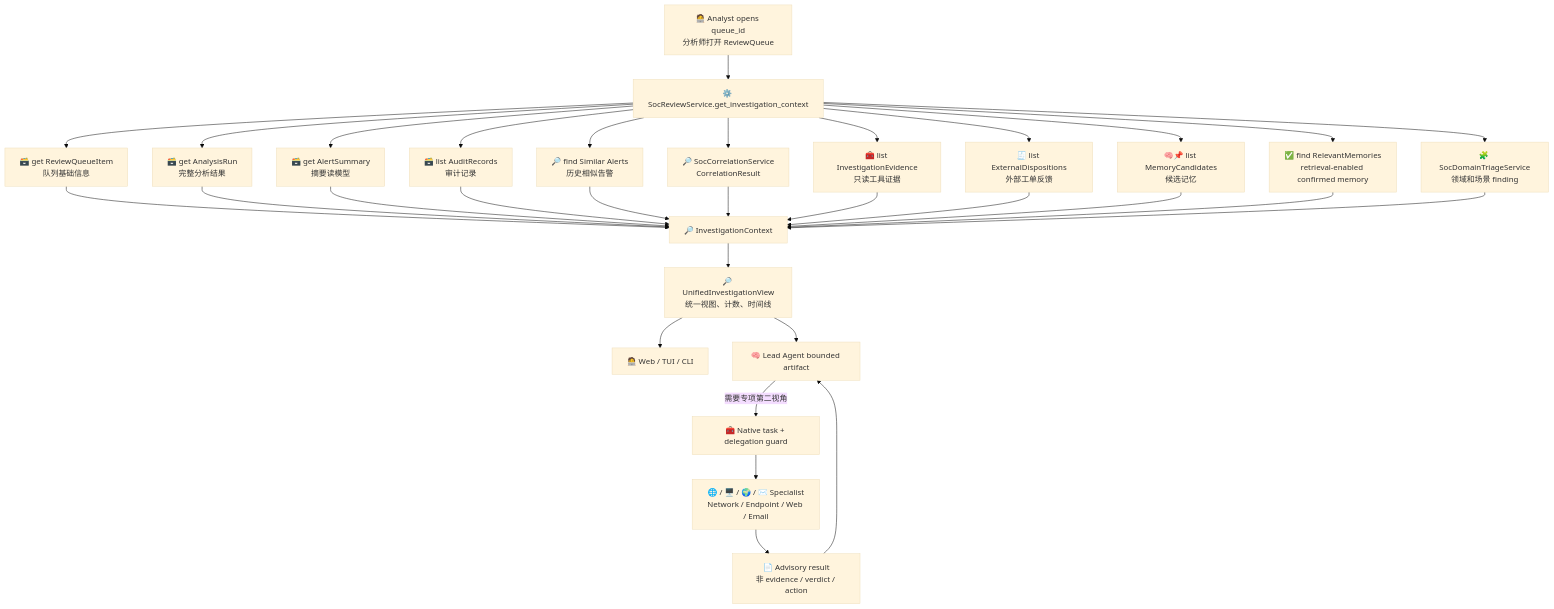
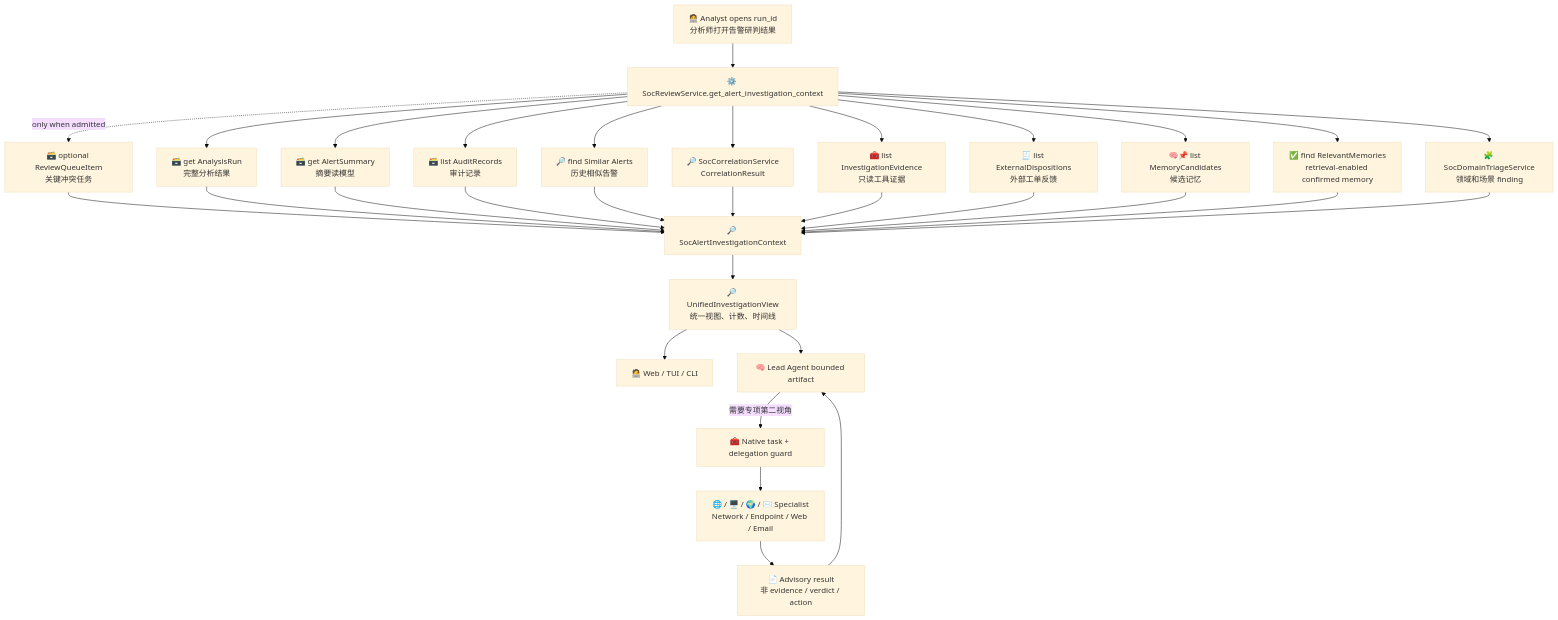
The seventh of 23 diagrams in .notes/ai_soc/alert-lifecycle-flow.md (yydspanda/deer-flow), drawn with Mermaid (base theme) before and after one commit. The commit also changed other lines of this file and 83 other files, not shown here.

Commit message:
feat(soc): streamline alert review and memory operations

````diff
--- a/.notes/ai_soc/alert-lifecycle-flow.md
+++ b/.notes/ai_soc/alert-lifecycle-flow.md
@@ -491,36 +504,36 @@
 ```mermaid
 flowchart TD
-    A["🧑‍💻 Analyst opens queue_id<br/>分析师打开 ReviewQueue"] --> B["⚙️ SocReviewService.get_investigation_context"]
+    A["🧑‍💻 Analyst opens run_id<br/>分析师打开告警研判结果"] --> B["⚙️ SocReviewService.get_alert_investigation_context"]
 
-    B --> C["🗃️ get ReviewQueueItem<br/>队列基础信息"]
+    B -. "only when admitted" .-> C["🗃️ optional ReviewQueueItem<br/>关键冲突任务"]
     B --> D["🗃️ get AnalysisRun<br/>完整分析结果"]
     B --> E["🗃️ get AlertSummary<br/>摘要读模型"]
     B --> F["🗃️ list AuditRecords<br/>审计记录"]
     B --> G["🔎 find Similar Alerts<br/>历史相似告警"]
     B --> H["🔎 SocCorrelationService<br/>CorrelationResult"]
     B --> I["🧰 list InvestigationEvidence<br/>只读工具证据"]
     B --> J["🧾 list ExternalDispositions<br/>外部工单反馈"]
     B --> K["🧠📌 list MemoryCandidates<br/>候选记忆"]
     B --> L["✅ find RelevantMemories<br/>retrieval-enabled confirmed memory"]
     B --> M["🧩 SocDomainTriageService<br/>领域和场景 finding"]
 
-    C --> N["🔎 InvestigationContext"]
+    C --> N["🔎 SocAlertInvestigationContext"]
     D --> N
     E --> N
     F --> N
     G --> N
     H --> N
     I --> N
     J --> N
     K --> N
     L --> N
     M --> N
 
     N --> O["🔎 UnifiedInvestigationView<br/>统一视图、计数、时间线"]
     O --> P["🧑‍💻 Web / TUI / CLI"]
     O --> Q["🧠 Lead Agent bounded artifact"]
     Q -->|"需要专项第二视角"| R["🧰 Native task + delegation guard"]
     R --> S["🌐 / 🖥️ / 🌍 / ✉️ Specialist<br/>Network / Endpoint / Web / Email"]
     S --> T["📄 Advisory result<br/>非 evidence / verdict / action"]
     T --> Q
 ```
````
